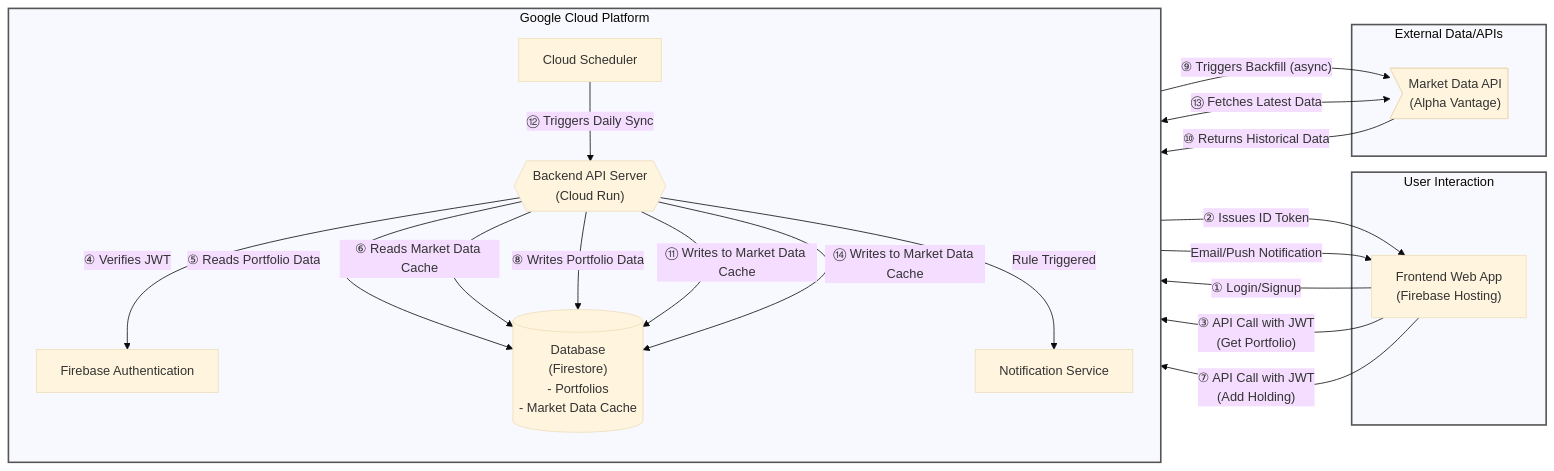
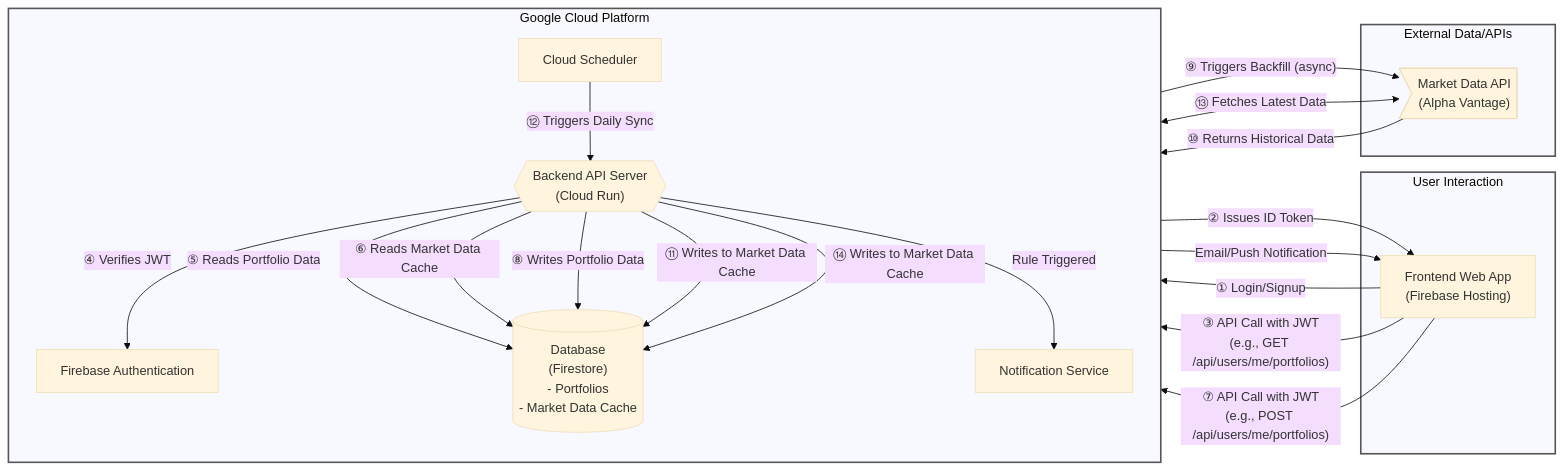
Diagram 12 of 12 in product_spec.md (enzhao/Sentinel), drawn with Mermaid (base theme) before and after one commit. The commit also changed other lines of this file, not shown here.

Commit message:
docs(spec): changed the handling of portfolio endpoints. #4

````diff
--- a/product_spec.md
+++ b/product_spec.md
@@ -952,55 +965,55 @@
 ```mermaid
 flowchart LR
     %% USER LAYER
     subgraph User["User Interaction"]
         A["Frontend Web App<br/>(Firebase Hosting)"]
     end
 
     %% PLATFORM CORE (Now includes Auth)
     subgraph Platform["Google Cloud Platform"]
         direction TB
         G["Firebase Authentication"]
         B{{"Backend API Server<br/>(Cloud Run)"}}
         C[("Database<br/>(Firestore)<br/>- Portfolios<br/>- Market Data Cache")]
         Scheduler["Cloud Scheduler"]
         E["Notification Service"]
     end
 
     %% EXTERNAL ZONE
     subgraph Ext["External Data/APIs"]
         F>"Market Data API<br/>(Alpha Vantage)"]
     end
 
     %% Flows
 
     %% ①② Authentication
     A -- "① Login/Signup" --> G
     G -- "② Issues ID Token" --> A
 
     %% ③④⑤⑥ Portfolio Read
-    A -- "③ API Call with JWT<br/>(Get Portfolio)" --> B
+    A -- "③ API Call with JWT<br/>(e.g., GET /api/users/me/portfolios)" --> B
     B -- "④ Verifies JWT" --> G
     B -- "⑤ Reads Portfolio Data" --> C
     B -- "⑥ Reads Market Data Cache" --> C
 
     %% Portfolio Write
-    A -- "⑦ API Call with JWT<br/>(Add Holding)" --> B
+    A -- "⑦ API Call with JWT<br/>(e.g., POST /api/users/me/portfolios)" --> B
     B -- "⑧ Writes Portfolio Data" --> C
     B -- "⑨ Triggers Backfill (async)" --> F
     F -- "⑩ Returns Historical Data" --> B
     B -- "⑪ Writes to Market Data Cache" --> C
 
     %% Scheduled Job (Daily Sync)
     Scheduler -- "⑫ Triggers Daily Sync" --> B
     B <-- "⑬ Fetches Latest Data" --> F
     %% F -- "⑭ Returns Latest Data" --> B
     B -- "⑭ Writes to Market Data Cache" --> C
 
     %% OPTIONAL: Notification Flow Example
     B -- "Rule Triggered" --> E
     E -- "Email/Push Notification" --> A
 
     %% Visual grouping
     classDef zone fill:#F7F9FF,stroke:#555,stroke-width:2px;
     class User,Platform,Ext zone;
 ```
````
